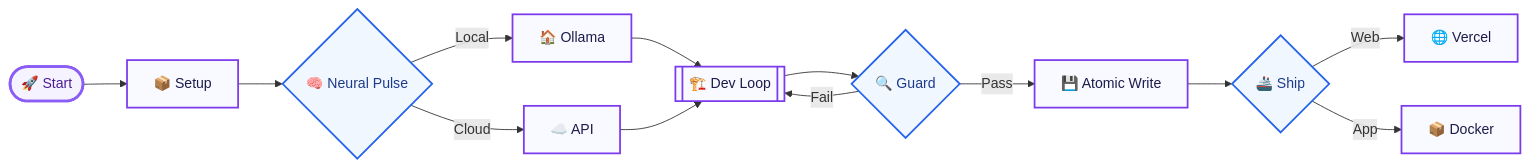
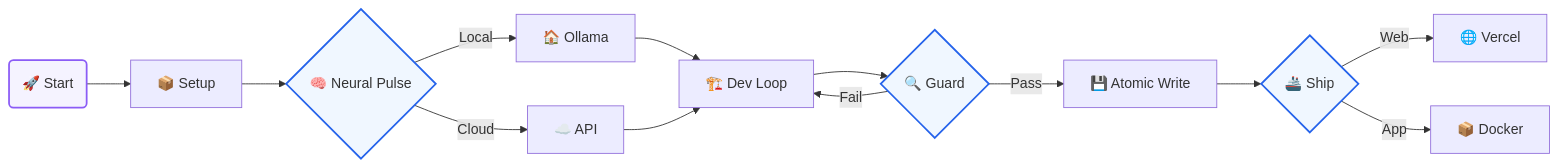
One commit to Subhan-Haider/Codiner-Software changed the diagram in README.md. Above: the diagram before and after it, drawn with Mermaid.

Commit message:
fix: simplify Mermaid diagram syntax to resolve GitHub rendering error

````diff
--- a/README.md
+++ b/README.md
@@ -180,25 +180,35 @@
 ```mermaid
 graph LR
-    Start([🚀 Start]) --> Setup[📦 Setup]
-    Setup --> Config{🧠 Neural Pulse}
-    
-    Config -- "Local" --> Ollama[🏠 Ollama]
-    Config -- "Cloud" --> Cloud[☁️ API]
-    
-    Ollama & Cloud --> Dev[[🏗️ Dev Loop]]
-    
-    Dev --> Guard{🔍 Guard}
-    Guard -- "Pass" --> Build[💾 Atomic Write]
-    Guard -- "Fail" --> Dev
-    
-    Build --> Final{🚢 Ship}
-    Final -- "Web" --> Vercel[🌐 Vercel]
-    Final -- "App" --> Docker[📦 Docker]
+    %% Node Definitions
+    Start(🚀 Start)
+    Setup[📦 Setup]
+    Config{🧠 Neural Pulse}
+    Ollama[🏠 Ollama]
+    Cloud[☁️ API]
+    Dev[🏗️ Dev Loop]
+    Guard{🔍 Guard}
+    Build[💾 Atomic Write]
+    Final{🚢 Ship}
+    Vercel[🌐 Vercel]
+    Docker[📦 Docker]
 
-    classDef default fill:#f9faff,stroke:#7c3aed,stroke-width:2px,color:#1e1b4b;
-    classDef highlight fill:#f0f7ff,stroke:#2563eb,stroke-width:2px,color:#1e3a8a;
-    classDef start fill:#f5f3ff,stroke:#8b5cf6,stroke-width:3px,color:#4c1d95;
-    
-    class Config,Guard,Final highlight;
-    class Start start;
+    %% Connections
+    Start --> Setup
+    Setup --> Config
+    Config -- Local --> Ollama
+    Config -- Cloud --> Cloud
+    Ollama --> Dev
+    Cloud --> Dev
+    Dev --> Guard
+    Guard -- Pass --> Build
+    Guard -- Fail --> Dev
+    Build --> Final
+    Final -- Web --> Vercel
+    Final -- App --> Docker
+
+    %% Styling
+    style Start fill:#f5f3ff,stroke:#8b5cf6,stroke-width:2px
+    style Config fill:#f0f7ff,stroke:#2563eb,stroke-width:2px
+    style Guard fill:#f0f7ff,stroke:#2563eb,stroke-width:2px
+    style Final fill:#f0f7ff,stroke:#2563eb,stroke-width:2px
 ```
````
